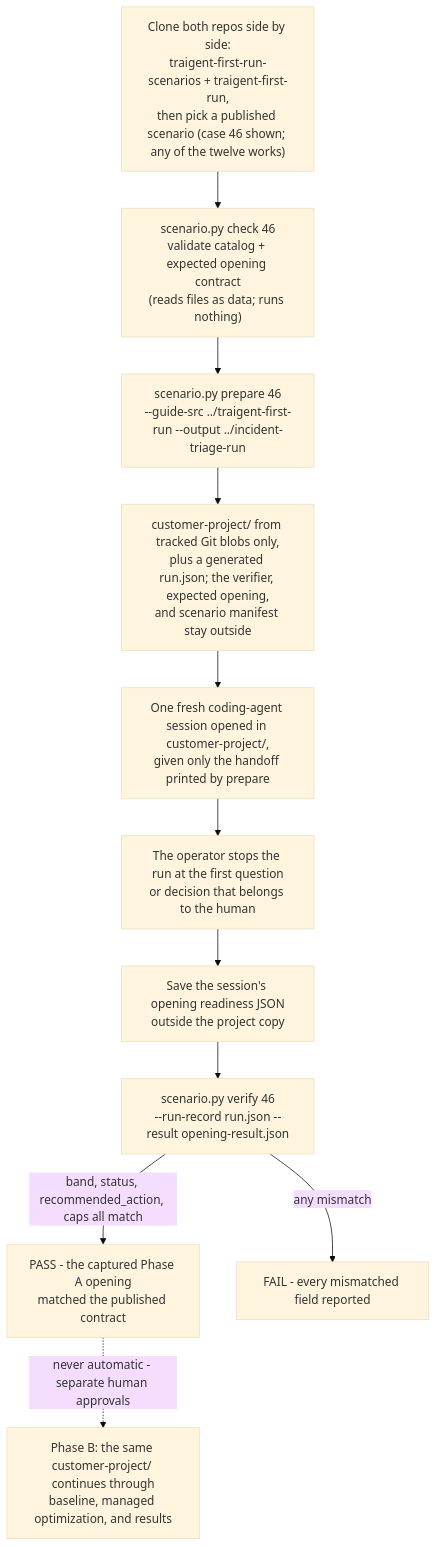
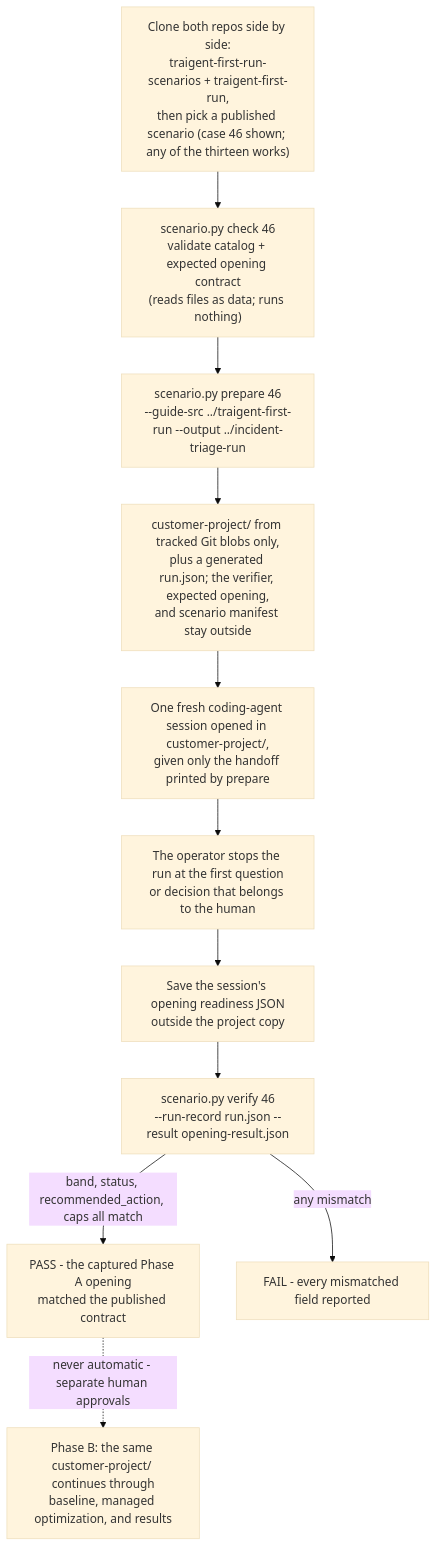
The diagram in README.md (Traigent/traigent-first-run-scenarios), drawn with Mermaid (base theme) before and after one commit. The commit also changed other lines of this file and 22 other files, not shown here.

````diff
--- a/README.md
+++ b/README.md
@@ -267,13 +267,13 @@
 ```mermaid
 flowchart TD
-    A["Clone both repos side by side:<br/>traigent-first-run-scenarios + traigent-first-run,<br/>then pick a published scenario (case 46 shown; any of the twelve works)"] --> B["scenario.py check 46<br/>validate catalog + expected opening contract<br/>(reads files as data; runs nothing)"]
+    A["Clone both repos side by side:<br/>traigent-first-run-scenarios + traigent-first-run,<br/>then pick a published scenario (case 46 shown; any of the thirteen works)"] --> B["scenario.py check 46<br/>validate catalog + expected opening contract<br/>(reads files as data; runs nothing)"]
     B --> C["scenario.py prepare 46<br/>--guide-src ../traigent-first-run --output ../incident-triage-run"]
     C --> D["customer-project/ from tracked Git blobs only,<br/>plus a generated run.json; the verifier, expected opening,<br/>and scenario manifest stay outside"]
     D --> E["One fresh coding-agent session opened in customer-project/,<br/>given only the handoff printed by prepare"]
     E --> F["The operator stops the run at the first question<br/>or decision that belongs to the human"]
     F --> G["Save the session's opening readiness JSON<br/>outside the project copy"]
     G --> H["scenario.py verify 46<br/>--run-record run.json --result opening-result.json"]
     H -->|"band, status, recommended_action, caps all match"| I["PASS - the captured Phase A opening<br/>matched the published contract"]
     H -->|"any mismatch"| J["FAIL - every mismatched field reported"]
     I -.->|"never automatic - separate human approvals"| K["Phase B: the same customer-project/ continues through<br/>baseline, managed optimization, and results"]
 ```
````
